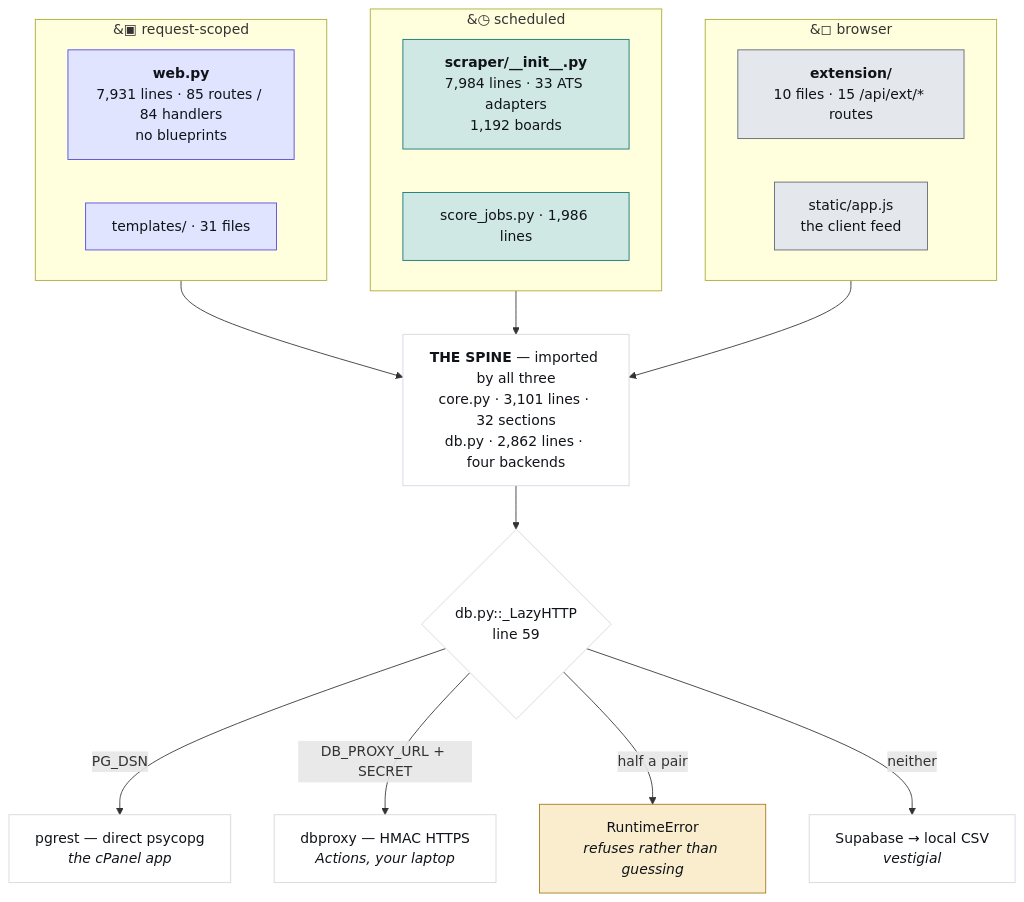
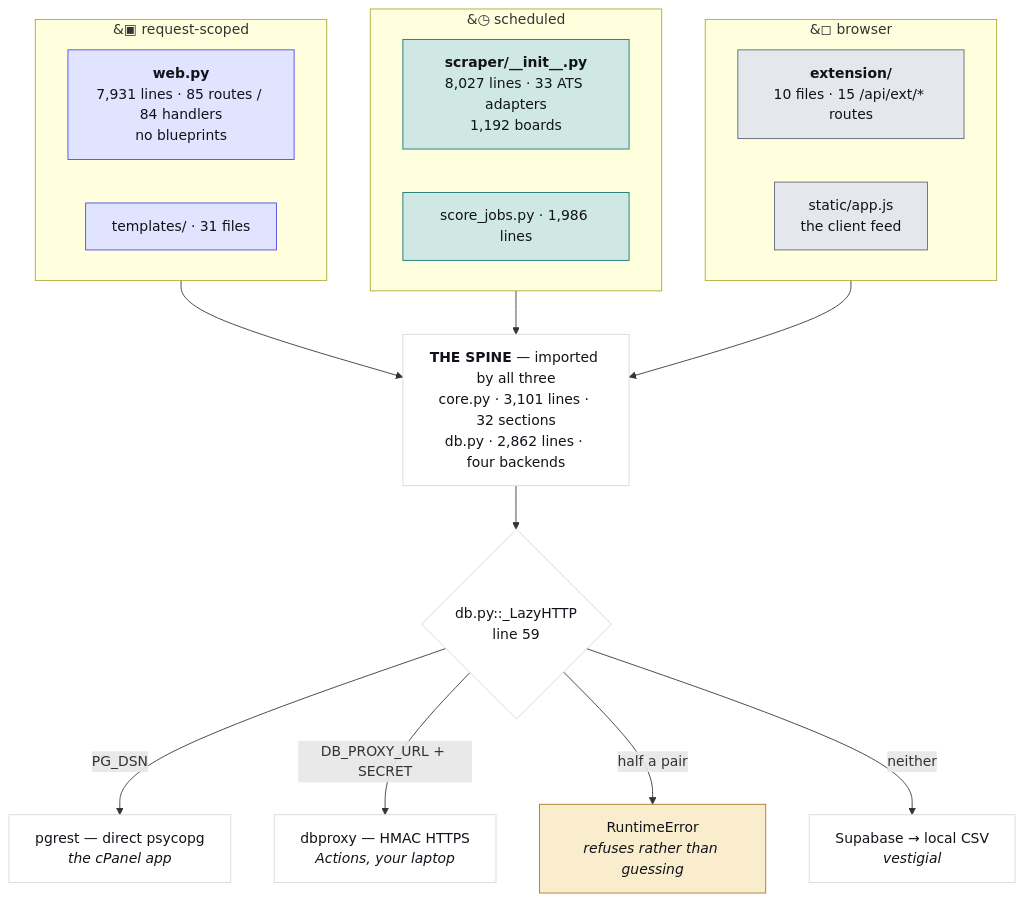
The first of 4 diagrams in JobMatch Scraper/docs/ARCHITECTURE.md (hadakunal909-debug/job-search-tool), drawn with Mermaid before and after one commit. The commit also changed other lines of this file and 6 other files, not shown here.

````diff
--- a/JobMatch Scraper/docs/ARCHITECTURE.md
+++ b/JobMatch Scraper/docs/ARCHITECTURE.md
@@ -45,34 +45,34 @@
 ```mermaid
 flowchart TB
   subgraph REQ["&#9635; request-scoped"]
     W["<b>web.py</b><br/>7,931 lines · 85 routes / 84 handlers<br/>no blueprints"]
     T["templates/ · 31 files"]
   end
   subgraph SCH["&#9719; scheduled"]
-    S["<b>scraper/__init__.py</b><br/>7,984 lines · 33 ATS adapters<br/>1,192 boards"]
+    S["<b>scraper/__init__.py</b><br/>8,027 lines · 33 ATS adapters<br/>1,192 boards"]
     J["score_jobs.py · 1,986 lines"]
   end
   subgraph CLI["&#9723; browser"]
     E["<b>extension/</b><br/>10 files · 15 /api/ext/* routes"]
     A["static/app.js<br/>the client feed"]
   end
   SPINE["<b>THE SPINE</b> — imported by all three<br/>core.py · 3,101 lines · 32 sections<br/>db.py · 2,862 lines · four backends"]
   REQ --> SPINE
   SCH --> SPINE
   CLI --> SPINE
   SPINE --> D{"db.py::_LazyHTTP<br/>line 59"}
   D -->|"PG_DSN"| P["pgrest — direct psycopg<br/><i>the cPanel app</i>"]
   D -->|"DB_PROXY_URL + SECRET"| X["dbproxy — HMAC HTTPS<br/><i>Actions, your laptop</i>"]
   D -->|"half a pair"| R["RuntimeError<br/><i>refuses rather than guessing</i>"]
   D -->|"neither"| V["Supabase → local CSV<br/><i>vestigial</i>"]
   classDef web fill:#e0e4fe,stroke:#4f46e5,color:#101319
   classDef sched fill:#cfe8e3,stroke:#0f766e,color:#101319
   classDef client fill:#e4e7ec,stroke:#5f6573,color:#101319
   classDef trap fill:#f9edcd,stroke:#a8781a,color:#101319
   classDef plain fill:#ffffff,stroke:#d3d7df,color:#101319
   class W,T web
   class S,J sched
   class E,A client
   class R trap
   class SPINE,D,P,X,V plain
 ```
````
